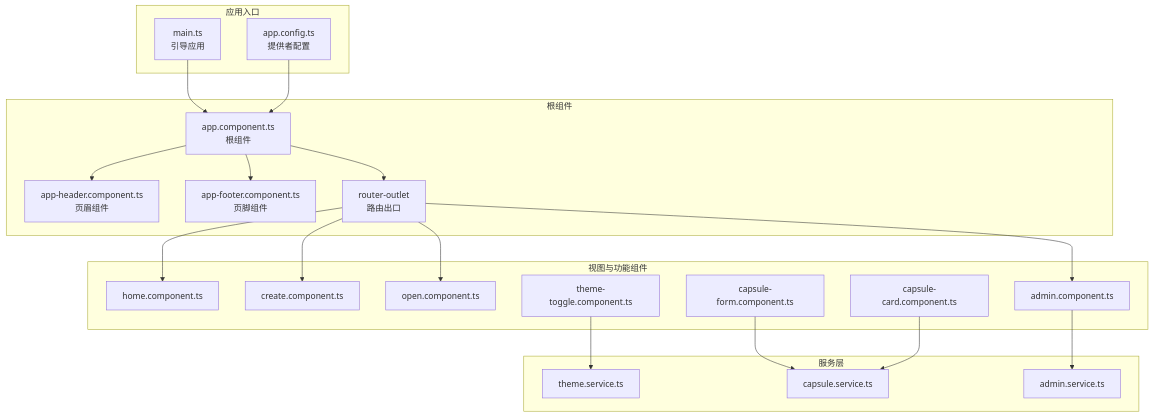
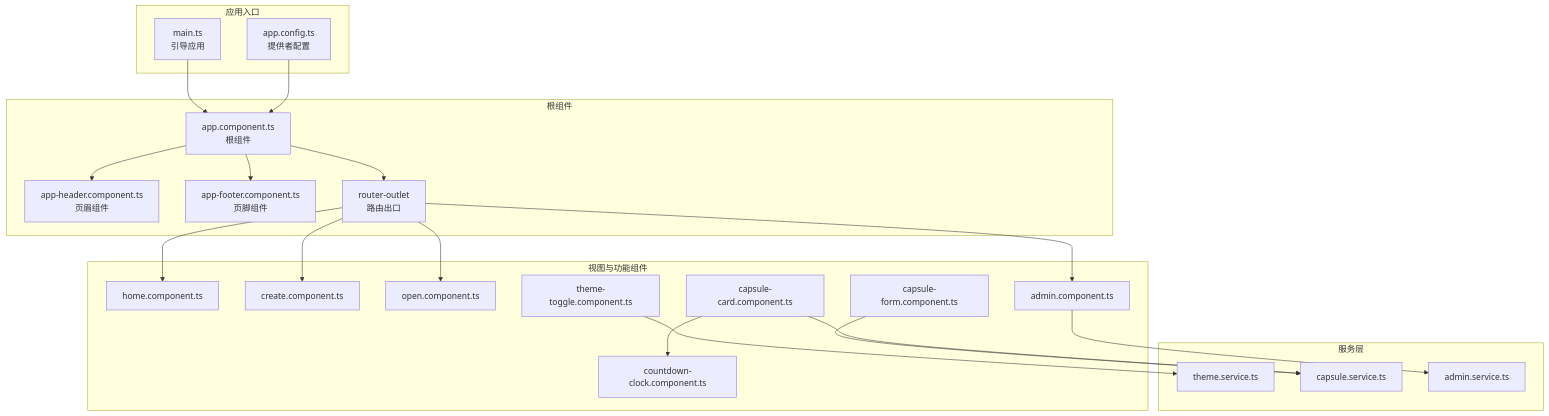
The first of 10 diagrams in .qoder/repowiki/zh/content/前端实现详解/Angular 实现/组件系统架构/组件系统架构.md (alexy2008/TimeCapsule), drawn with Mermaid before and after one commit. The commit also changed other lines of this file and 22 other files, not shown here.

````diff
--- a/.qoder/repowiki/zh/content/前端实现详解/Angular 实现/组件系统架构/组件系统架构.md
+++ b/.qoder/repowiki/zh/content/前端实现详解/Angular 实现/组件系统架构/组件系统架构.md
@@ -44,40 +48,42 @@
 ```mermaid
 graph TB
 subgraph "应用入口"
 MAIN["main.ts<br/>引导应用"]
 CONFIG["app.config.ts<br/>提供者配置"]
 end
 subgraph "根组件"
 ROOT["app.component.ts<br/>根组件"]
 HEADER["app-header.component.ts<br/>页眉组件"]
 FOOTER["app-footer.component.ts<br/>页脚组件"]
 ROUTER["router-outlet<br/>路由出口"]
 end
 subgraph "视图与功能组件"
 HOME["home.component.ts"]
 CREATE["create.component.ts"]
 OPEN["open.component.ts"]
 ADMIN["admin.component.ts"]
 CAPSULE_CARD["capsule-card.component.ts"]
 CAPSULE_FORM["capsule-form.component.ts"]
+COUNTDOWN_CLOCK["countdown-clock.component.ts"]
 THEME_TOGGLE["theme-toggle.component.ts"]
 end
 subgraph "服务层"
 THEME_SVC["theme.service.ts"]
 CAPSULE_SVC["capsule.service.ts"]
 ADMIN_SVC["admin.service.ts"]
 end
 MAIN --> ROOT
 CONFIG --> ROOT
 ROOT --> HEADER
 ROOT --> ROUTER
 ROOT --> FOOTER
 ROUTER --> HOME
 ROUTER --> CREATE
 ROUTER --> OPEN
 ROUTER --> ADMIN
+CAPSULE_CARD --> COUNTDOWN_CLOCK
 CAPSULE_FORM --> CAPSULE_SVC
 THEME_TOGGLE --> THEME_SVC
 CAPSULE_CARD --> CAPSULE_SVC
 ADMIN --> ADMIN_SVC
 ```
````
